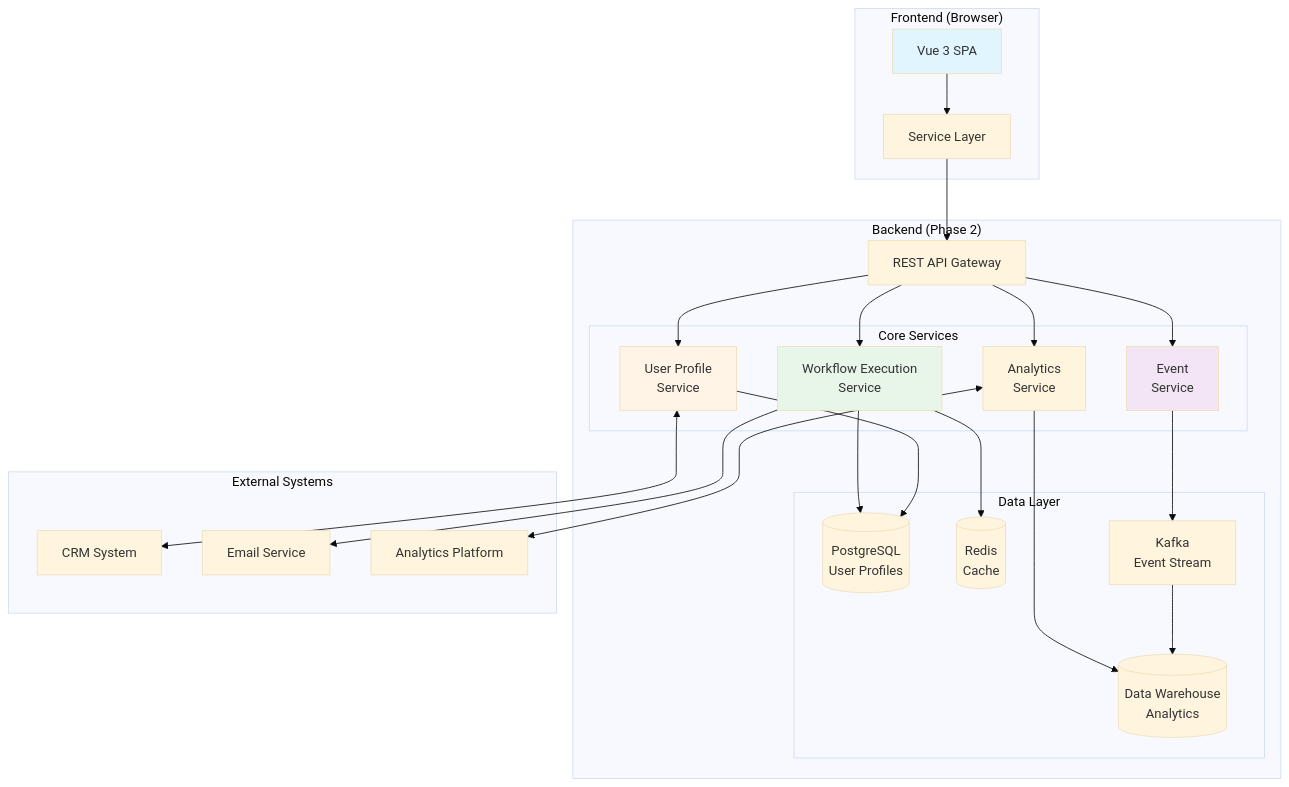
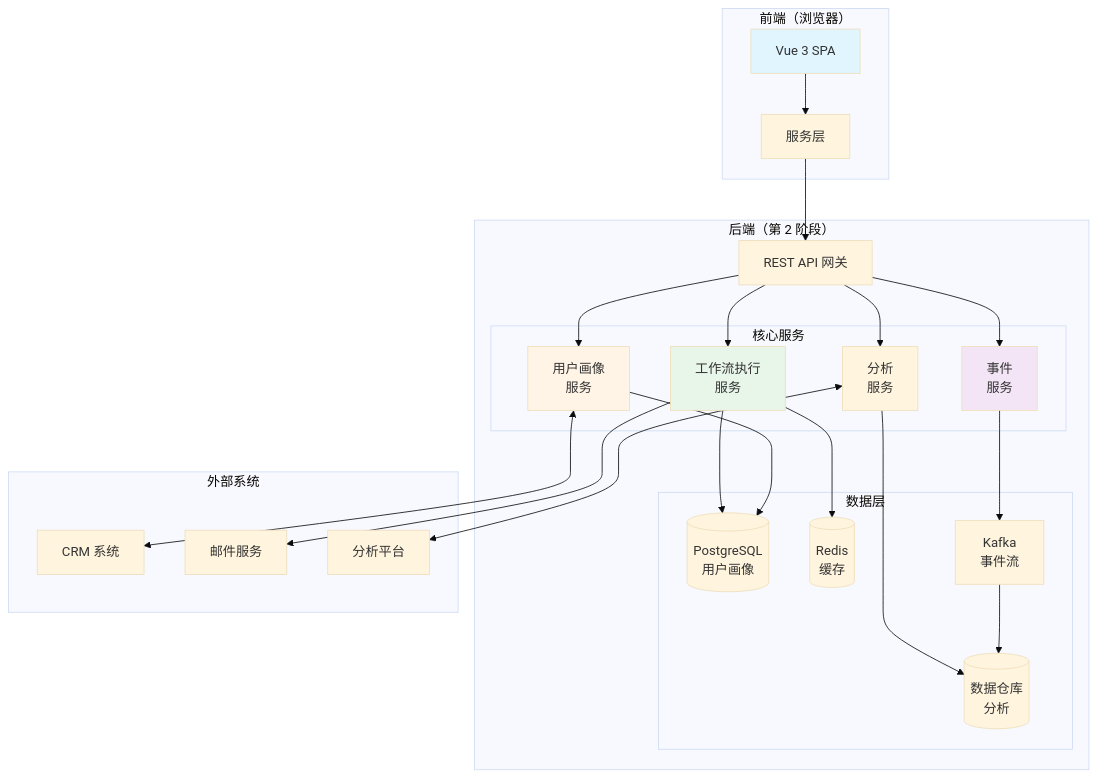
The ninth of 14 diagrams in openspec/changes/archive/2025-12-19-add-lifecycle-operations-foundation/ARCHITECTURE.md (liushuai0109/workflow-engine), drawn with Mermaid (base theme) before and after one commit. The commit also changed other lines of this file and 12 other files, not shown here.

````diff
--- a/openspec/changes/archive/2025-12-19-add-lifecycle-operations-foundation/ARCHITECTURE.md
+++ b/openspec/changes/archive/2025-12-19-add-lifecycle-operations-foundation/ARCHITECTURE.md
@@ -452,56 +452,56 @@
 ```mermaid
 graph TB
-    subgraph "Frontend (Browser)"
+    subgraph "前端（浏览器）"
         UI[Vue 3 SPA]
-        Services[Service Layer]
+        Services[服务层]
     end
 
-    subgraph "Backend (Phase 2)"
-        API[REST API Gateway]
+    subgraph "后端（第 2 阶段）"
+        API[REST API 网关]
 
-        subgraph "Core Services"
-            WES[Workflow Execution<br/>Service]
-            UPS[User Profile<br/>Service]
-            ES[Event<br/>Service]
-            AS[Analytics<br/>Service]
+        subgraph "核心服务"
+            WES[工作流执行<br/>服务]
+            UPS[用户画像<br/>服务]
+            ES[事件<br/>服务]
+            AS[分析<br/>服务]
         end
 
-        subgraph "Data Layer"
-            DB[(PostgreSQL<br/>User Profiles)]
-            Cache[(Redis<br/>Cache)]
-            Stream[Kafka<br/>Event Stream]
-            DW[(Data Warehouse<br/>Analytics)]
+        subgraph "数据层"
+            DB[(PostgreSQL<br/>用户画像)]
+            Cache[(Redis<br/>缓存)]
+            Stream[Kafka<br/>事件流]
+            DW[(数据仓库<br/>分析)]
         end
     end
 
-    subgraph "External Systems"
-        CRM[CRM System]
-        Email[Email Service]
-        Analytics[Analytics Platform]
+    subgraph "外部系统"
+        CRM[CRM 系统]
+        Email[邮件服务]
+        Analytics[分析平台]
     end
 
     UI --> Services
     Services --> API
 
     API --> WES
     API --> UPS
     API --> ES
     API --> AS
 
     WES --> DB
     WES --> Cache
     UPS --> DB
     ES --> Stream
     AS --> DW
 
     Stream --> DW
 
     WES --> Email
     UPS <--> CRM
     AS <--> Analytics
 
     style UI fill:#e1f5ff
     style WES fill:#e8f5e9
     style UPS fill:#fff4e6
     style ES fill:#f3e5f5
 ```
````
